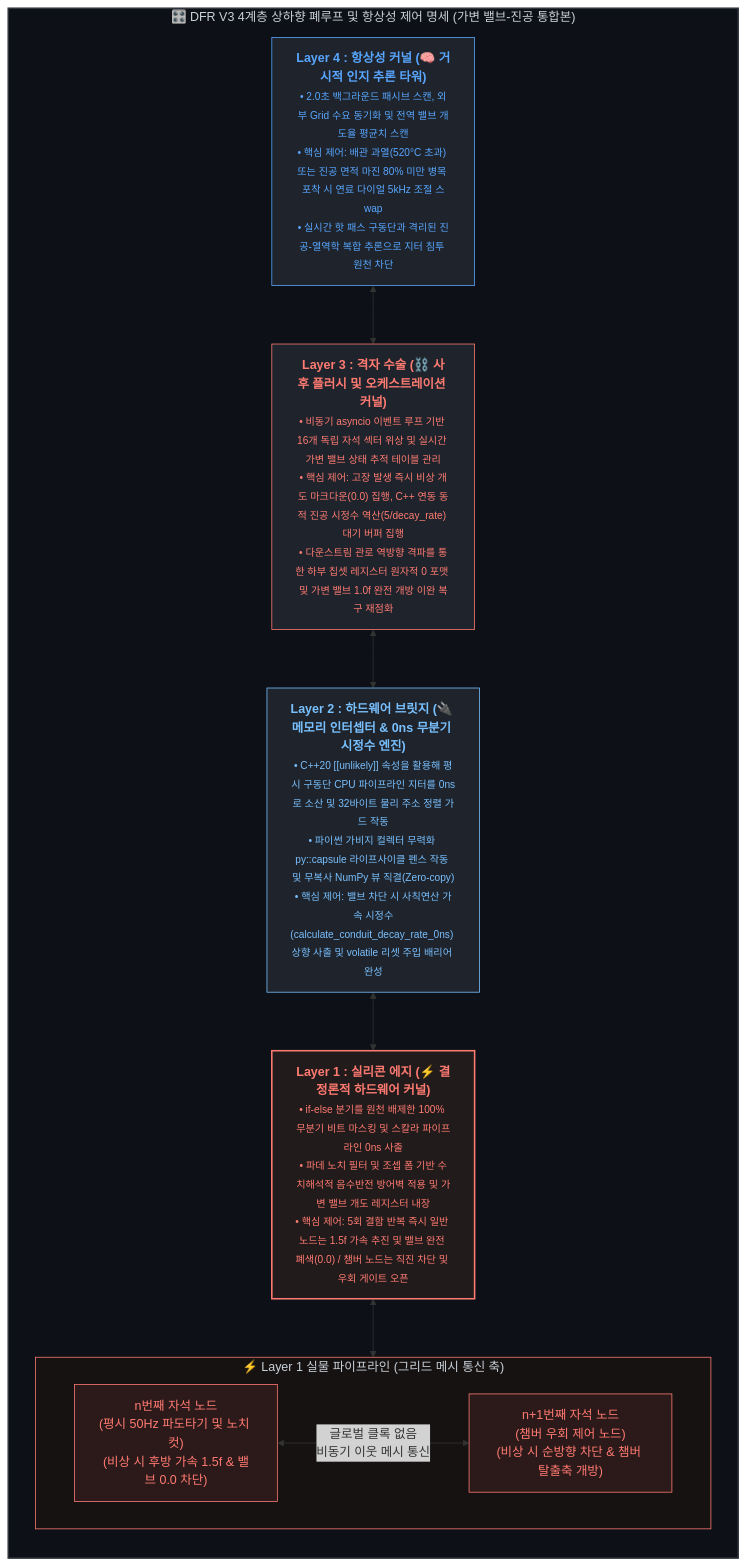
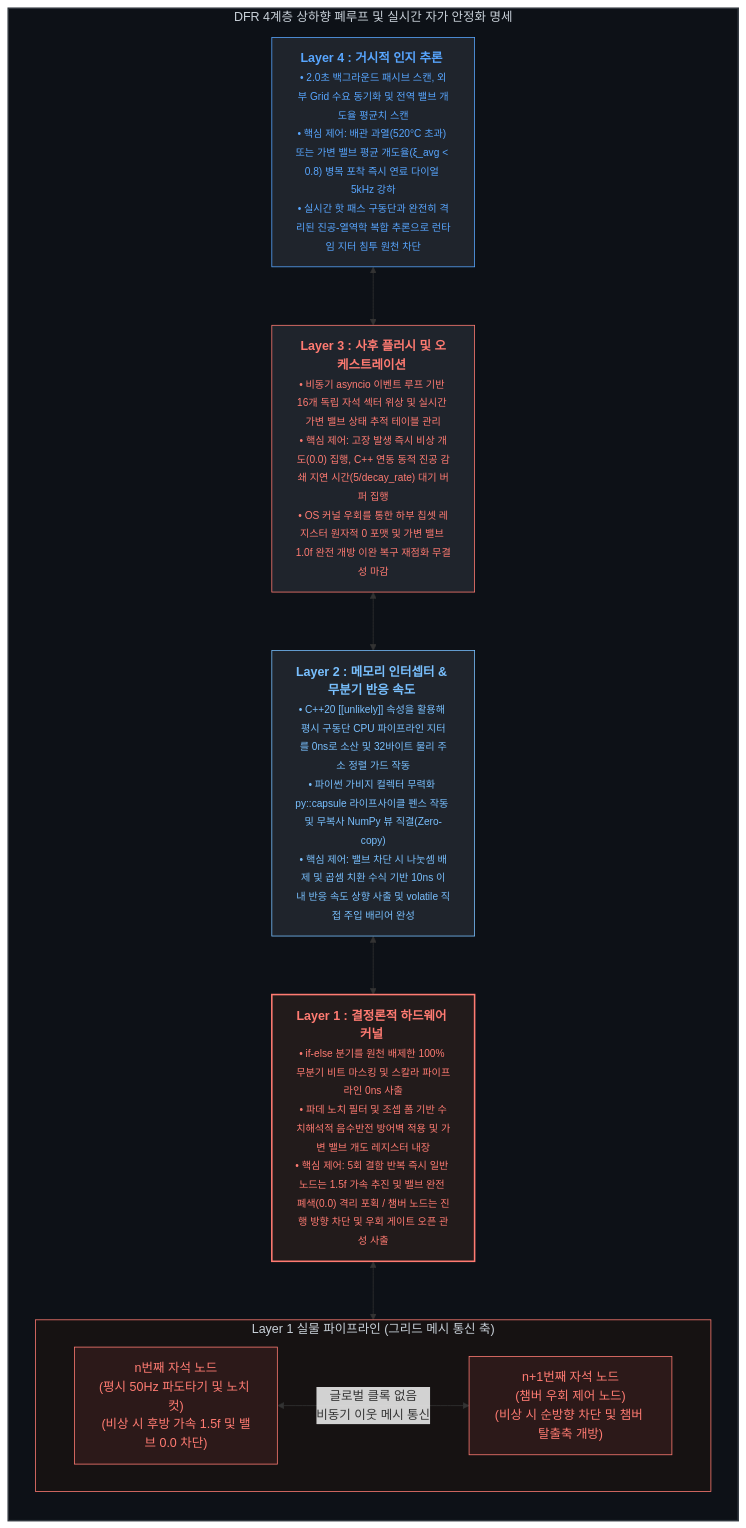
The diagram in README.md (PJHkorea/discrete-filament-router-KR), drawn with Mermaid before and after one commit. The commit also changed other lines of this file, not shown here.

````diff
--- a/README.md
+++ b/README.md
@@ -38,42 +38,42 @@
 ```mermaid
 graph TD
     %% 전체 제어 루프 구조 정의
-    subgraph SYSTEM_LAYERS ["🎛️ DFR V3 4계층 상하향 폐루프 및 항상성 제어 명세 (가변 밸브-진공 통합본)"]
+    subgraph SYSTEM_LAYERS [" DFR 4계층 상하향 폐루프 및 실시간 자가 안정화 명세"]
         direction TB
 
         %% Layer 4 정의
-        L4["<b>Layer 4 : 항상성 커널 (🧠 거시적 인지 추론 타워)</b><br><font size=2>• 2.0초 백그라운드 패시브 스캔, 외부 Grid 수요 동기화 및 전역 밸브 개도율 평균치 스캔<br>• 핵심 제어: 배관 과열(520°C 초과) 또는 진공 면적 마진 80% 미만 병목 포착 시 연료 다이얼 5kHz 조절 스wap<br>• 실시간 핫 패스 구동단과 격리된 진공-열역학 복합 추론으로 지터 침투 원천 차단</font>"]
+        L4["<b>Layer 4 : 거시적 인지 추론 </b><br><font size=2>• 2.0초 백그라운드 패시브 스캔, 외부 Grid 수요 동기화 및 전역 밸브 개도율 평균치 스캔<br>• 핵심 제어: 배관 과열(520°C 초과) 또는 가변 밸브 평균 개도율(ξ_avg &lt; 0.8) 병목 포착 즉시 연료 다이얼 5kHz 강하<br>• 실시간 핫 패스 구동단과 완전히 격리된 진공-열역학 복합 추론으로 런타임 지터 침투 원천 차단</font>"]
 
         %% Layer 3 정의
-        L3["<b>Layer 3 : 격자 수술 (⛓️ 사후 플러시 및 오케스트레이션 커널)</b><br><font size=2>• 비동기 asyncio 이벤트 루프 기반 16개 독립 자석 섹터 위상 및 실시간 가변 밸브 상태 추적 테이블 관리<br>• 핵심 제어: 고장 발생 즉시 비상 개도 마크다운(0.0) 집행, C++ 연동 동적 진공 시정수 역산(5/decay_rate) 대기 버퍼 집행<br>• 다운스트림 관로 역방향 격파를 통한 하부 칩셋 레지스터 원자적 0 포맷 및 가변 밸브 1.0f 완전 개방 이완 복구 재점화</font>"]
+        L3["<b>Layer 3 : 사후 플러시 및 오케스트레이션 </b><br><font size=2>• 비동기 asyncio 이벤트 루프 기반 16개 독립 자석 섹터 위상 및 실시간 가변 밸브 상태 추적 테이블 관리<br>• 핵심 제어: 고장 발생 즉시 비상 개도(0.0) 집행, C++ 연동 동적 진공 감쇄 지연 시간(5/decay_rate) 대기 버퍼 집행<br>• OS 커널 우회를 통한 하부 칩셋 레지스터 원자적 0 포맷 및 가변 밸브 1.0f 완전 개방 이완 복구 재점화 무결성 마감</font>"]
 
         %% Layer 2 정의
-        L2["<b>Layer 2 : 하드웨어 브릿지 (🔌 메모리 인터셉터 & 0ns 무분기 시정수 엔진)</b><br><font size=2>• C++20 [[unlikely]] 속성을 활용해 평시 구동단 CPU 파이프라인 지터를 0ns로 소산 및 32바이트 물리 주소 정렬 가드 작동<br>• 파이썬 가비지 컬렉터 무력화 py::capsule 라이프사이클 펜스 작동 및 무복사 NumPy 뷰 직결(Zero-copy)<br>• 핵심 제어: 밸브 차단 시 사칙연산 가속 시정수(calculate_conduit_decay_rate_0ns) 상향 사출 및 volatile 리셋 주입 배리어 완성</font>"]
+        L2["<b>Layer 2 : 메모리 인터셉터 & 무분기 반응 속도 </b><br><font size=2>• C++20 [[unlikely]] 속성을 활용해 평시 구동단 CPU 파이프라인 지터를 0ns로 소산 및 32바이트 물리 주소 정렬 가드 작동<br>• 파이썬 가비지 컬렉터 무력화 py::capsule 라이프사이클 펜스 작동 및 무복사 NumPy 뷰 직결(Zero-copy)<br>• 핵심 제어: 밸브 차단 시 나눗셈 배제 및 곱셈 치환 수식 기반 10ns 이내 반응 속도 상향 사출 및 volatile 직접 주입 배리어 완성</font>"]
 
         %% Layer 1 메인 컨테이너 및 수평 노드 정의 (subgraph 우회로 정렬 유도)
-        L1["<b>Layer 1 : 실리콘 에지 (⚡ 결정론적 하드웨어 커널)</b><br><font size=2>• if-else 분기를 원천 배제한 100% 무분기 비트 마스킹 및 스칼라 파이프라인 0ns 사출<br>• 파데 노치 필터 및 조셉 폼 기반 수치해석적 음수반전 방어벽 적용 및 가변 밸브 개도 레지스터 내장<br>• 핵심 제어: 5회 결함 반복 즉시 일반 노드는 1.5f 가속 추진 및 밸브 완전 폐색(0.0) / 챔버 노드는 직진 차단 및 우회 게이트 오픈</font>"]
+        L1["<b>Layer 1 : 결정론적 하드웨어 커널 </b><br><font size=2>• if-else 분기를 원천 배제한 100% 무분기 비트 마스킹 및 스칼라 파이프라인 0ns 사출<br>• 파데 노치 필터 및 조셉 폼 기반 수치해석적 음수반전 방어벽 적용 및 가변 밸브 개도 레지스터 내장<br>• 핵심 제어: 5회 결함 반복 즉시 일반 노드는 1.5f 가속 추진 및 밸브 완전 폐색(0.0) 격리 포획 / 챔버 노드는 진행 방향 차단 및 우회 게이트 오픈 관성 사출</font>"]
 
-        subgraph L1_GRID ["⚡ Layer 1 실물 파이프라인 (그리드 메시 통신 축)"]
+        subgraph L1_GRID ["Layer 1 실물 파이프라인 (그리드 메시 통신 축)"]
             direction LR
-            L1_N1["n번째 자석 노드<br>(평시 50Hz 파도타기 및 노치 컷)<br>(비상 시 후방 가속 1.5f & 밸브 0.0 차단)"] <-->|글로벌 클록 없음<br>비동기 이웃 메시 통신| L1_N2["n+1번째 자석 노드<br>(챔버 우회 제어 노드)<br>(비상 시 순방향 차단 & 챔버 탈출축 개방)"]
+            L1_N1["n번째 자석 노드<br>(평시 50Hz 파도타기 및 노치 컷)<br>(비상 시 후방 가속 1.5f 및 밸브 0.0 차단)"] <-->|글로벌 클록 없음<br>비동기 이웃 메시 통신| L1_N2["n+1번째 자석 노드<br>(챔버 우회 제어 노드)<br>(비상 시 순방향 차단 및 챔버 탈출축 개방)"]
         end
 
         %% 상하향식 유기적 피드백 관로 연결
         L4 <--> L3
         L3 <--> L2
         L2 <--> L1
         L1 <--> L1_GRID
     end
 
     %% 🎨 깃허브 파서 안전 규격 스타일링
     style SYSTEM_LAYERS fill:#0d1117,stroke:#30363d,stroke-width:2px,color:#c9d1d9
     style L1_GRID fill:#161212,stroke:#ff7b72,stroke-width:1px,color:#c9d1d9
     
     style L4 fill:#1f242c,stroke:#58a6ff,stroke-width:1px,color:#58a6ff
     style L3 fill:#1f242c,stroke:#ff7b72,stroke-width:1px,color:#ff7b72
     style L2 fill:#1f242c,stroke:#79c0ff,stroke-width:1px,color:#79c0ff
     style L1 fill:#221b1b,stroke:#ff7b72,stroke-width:2px,color:#ff7b72
     style L1_N1 fill:#2c1919,stroke:#ff7b72,stroke-width:1px,color:#ff7b72
     style L1_N2 fill:#2c1919,stroke:#ff7b72,stroke-width:1px,color:#ff7b72
 
 ```
````
